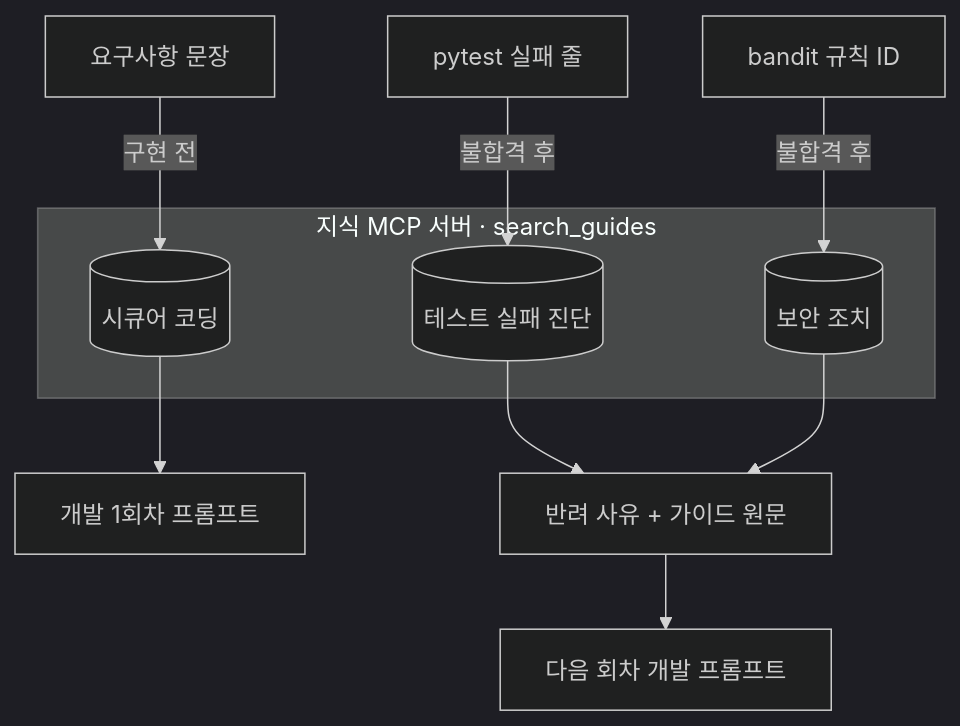
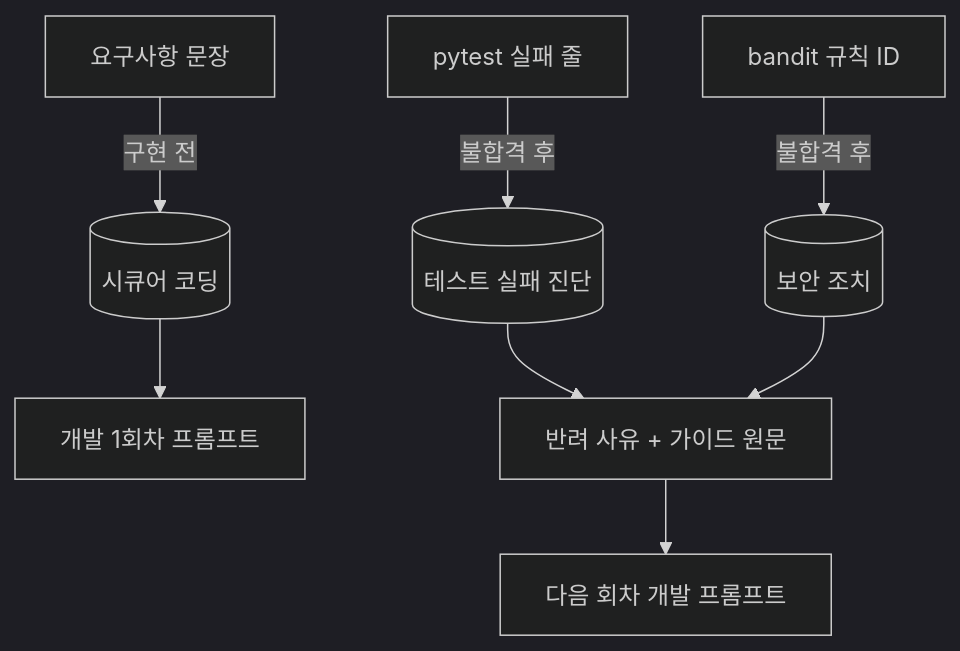
The second of 3 diagrams in README.md (skeey66/V-SI), drawn with Mermaid (dark theme) before and after one commit. The commit also changed other lines of this file and 12 other files, not shown here.

````diff
--- a/README.md
+++ b/README.md
@@ -128,15 +196,10 @@
 ```mermaid
 flowchart TD
     R[요구사항 문장] -->|구현 전| SC[(시큐어 코딩)]
     SC --> DEV[개발 1회차 프롬프트]
     QF[pytest 실패 줄] -->|불합격 후| QA[(테스트 실패 진단)]
     BF[bandit 규칙 ID] -->|불합격 후| SE[(보안 조치)]
     QA --> FB[반려 사유 + 가이드 원문]
     SE --> FB
     FB --> DEV2[다음 회차 개발 프롬프트]
-    subgraph 검색 [지식 MCP 서버 · search_guides]
-      SC
-      QA
-      SE
-    end
 ```
````
